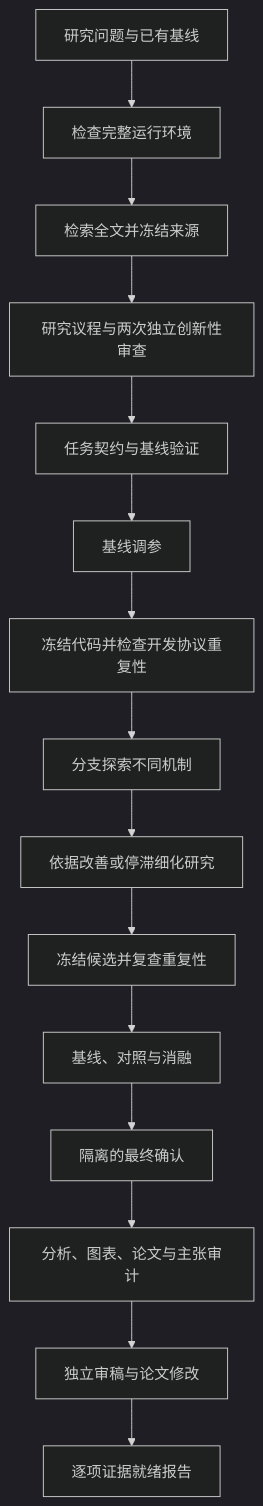
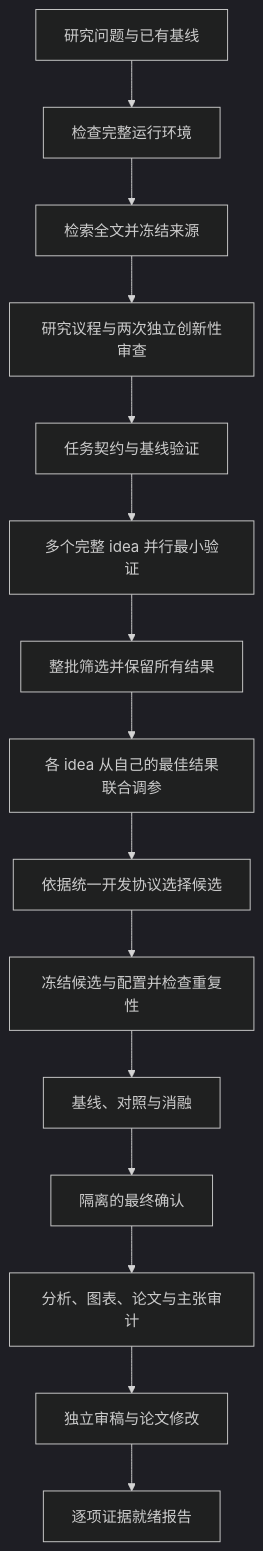
One commit to SUN-1024/AI-Scientist-v3 changed the diagram in docs/research-harness.zh-CN.md. Above: the diagram before and after it, drawn with Mermaid (dark theme). The commit also changed other lines of this file and 43 other files, not shown here.

````diff
--- a/docs/research-harness.zh-CN.md
+++ b/docs/research-harness.zh-CN.md
@@ -7,17 +7,17 @@
 ```mermaid
 flowchart TD
     A[研究问题与已有基线] --> B[检查完整运行环境]
     B --> C[检索全文并冻结来源]
     C --> D[研究议程与两次独立创新性审查]
     D --> E[任务契约与基线验证]
-    E --> F[基线调参]
-    F --> G[冻结代码并检查开发协议重复性]
-    G --> H[分支探索不同机制]
-    H --> I[依据改善或停滞细化研究]
-    I --> J[冻结候选并复查重复性]
+    E --> F[多个完整 idea 并行最小验证]
+    F --> G[整批筛选并保留所有结果]
+    G --> H[各 idea 从自己的最佳结果联合调参]
+    H --> I[依据统一开发协议选择候选]
+    I --> J[冻结候选与配置并检查重复性]
     J --> K[基线、对照与消融]
     K --> L[隔离的最终确认]
     L --> M[分析、图表、论文与主张审计]
     M --> N[独立审稿与论文修改]
     N --> O[逐项证据就绪报告]
 ```
````
